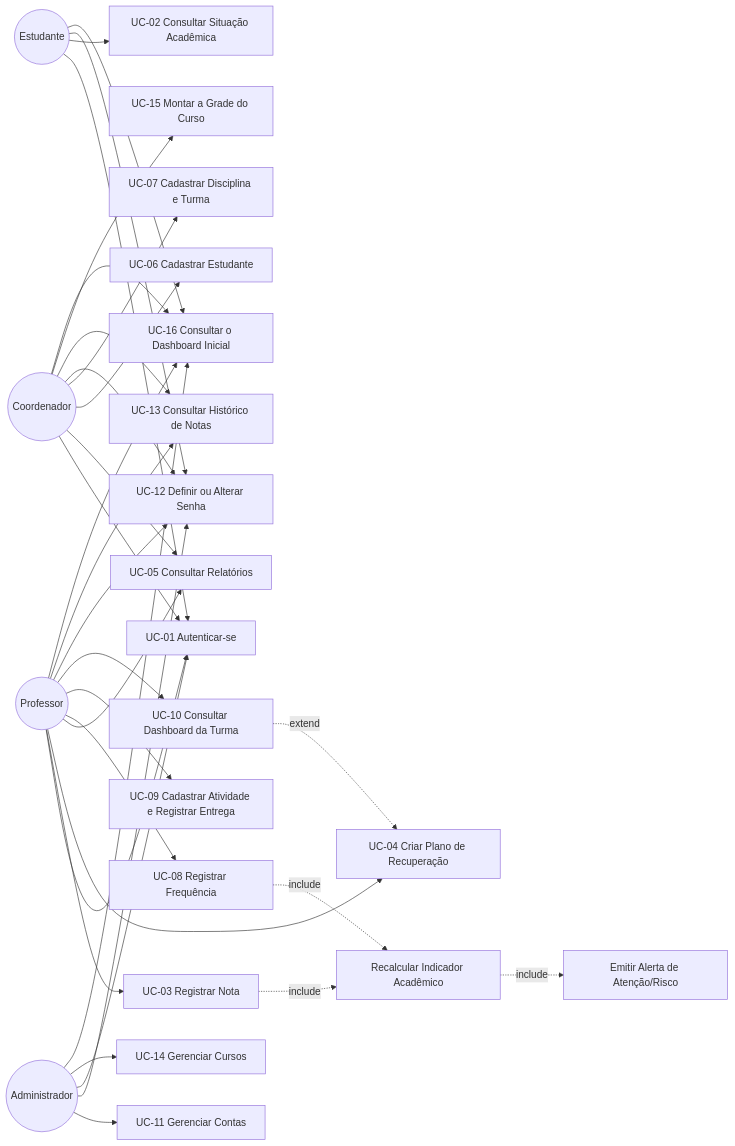
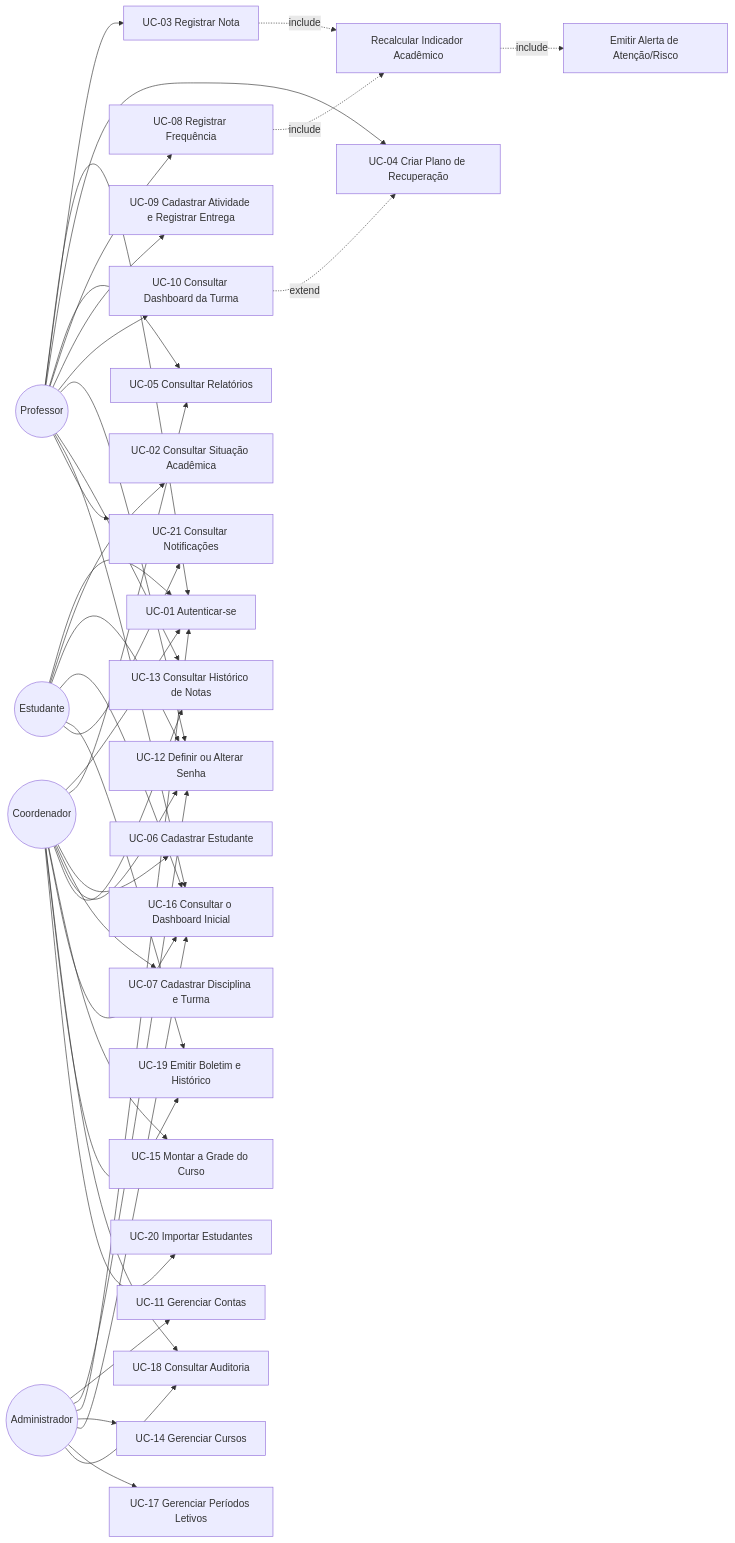
The diagram in docs/casos-de-uso/casos-de-uso.md (Arthurcl07/Study_Track_Project), drawn with Mermaid before and after one commit. The commit also changed 11 other files, not shown here.

Commit message:
docs: SPEC-017 a SPEC-022 (período letivo, chamada, auditoria, boletim e histórico, importação, notificações), RF-26 a RF-31, RB-20 a RB-24, OPEN-038 a OPEN-044

````diff
--- a/docs/casos-de-uso/casos-de-uso.md
+++ b/docs/casos-de-uso/casos-de-uso.md
@@ -5,40 +5,48 @@
 ```mermaid
 flowchart LR
     Estudante((Estudante))
     Professor((Professor))
     Coordenador((Coordenador))
 
     Estudante --> UC1[UC-01 Autenticar-se]
     Professor --> UC1
     Coordenador --> UC1
 
     Estudante --> UC2[UC-02 Consultar Situação Acadêmica]
     Professor --> UC3[UC-03 Registrar Nota]
     Professor --> UC4[UC-04 Criar Plano de Recuperação]
     Professor --> UC5[UC-05 Consultar Relatórios]
     Coordenador --> UC5
     Coordenador --> UC6[UC-06 Cadastrar Estudante]
     Coordenador --> UC7[UC-07 Cadastrar Disciplina e Turma]
     Professor --> UC8[UC-08 Registrar Frequência]
     Professor --> UC9[UC-09 Cadastrar Atividade e Registrar Entrega]
     Professor --> UC10[UC-10 Consultar Dashboard da Turma]
     Administrador((Administrador)) --> UC11[UC-11 Gerenciar Contas]
     Estudante --> UC12[UC-12 Definir ou Alterar Senha]
     Professor --> UC12
     Coordenador --> UC12
     Administrador --> UC12
     Professor --> UC13[UC-13 Consultar Histórico de Notas]
     Coordenador --> UC13
     Administrador --> UC1
     Administrador --> UC14[UC-14 Gerenciar Cursos]
     Coordenador --> UC15[UC-15 Montar a Grade do Curso]
     Estudante --> UC16[UC-16 Consultar o Dashboard Inicial]
     Professor --> UC16
     Coordenador --> UC16
     Administrador --> UC16
+    Administrador --> UC17[UC-17 Gerenciar Períodos Letivos]
+    Coordenador --> UC18[UC-18 Consultar Auditoria]
+    Administrador --> UC18
+    Estudante --> UC19[UC-19 Emitir Boletim e Histórico]
+    Coordenador --> UC19
+    Coordenador --> UC20[UC-20 Importar Estudantes]
+    Estudante --> UC21[UC-21 Consultar Notificações]
+    Professor --> UC21
 
     UC3 -.include.-> REC[Recalcular Indicador Acadêmico]
     UC8 -.include.-> REC
     REC -.include.-> ALE[Emitir Alerta de Atenção/Risco]
     UC10 -.extend.-> UC4
 ```
````
